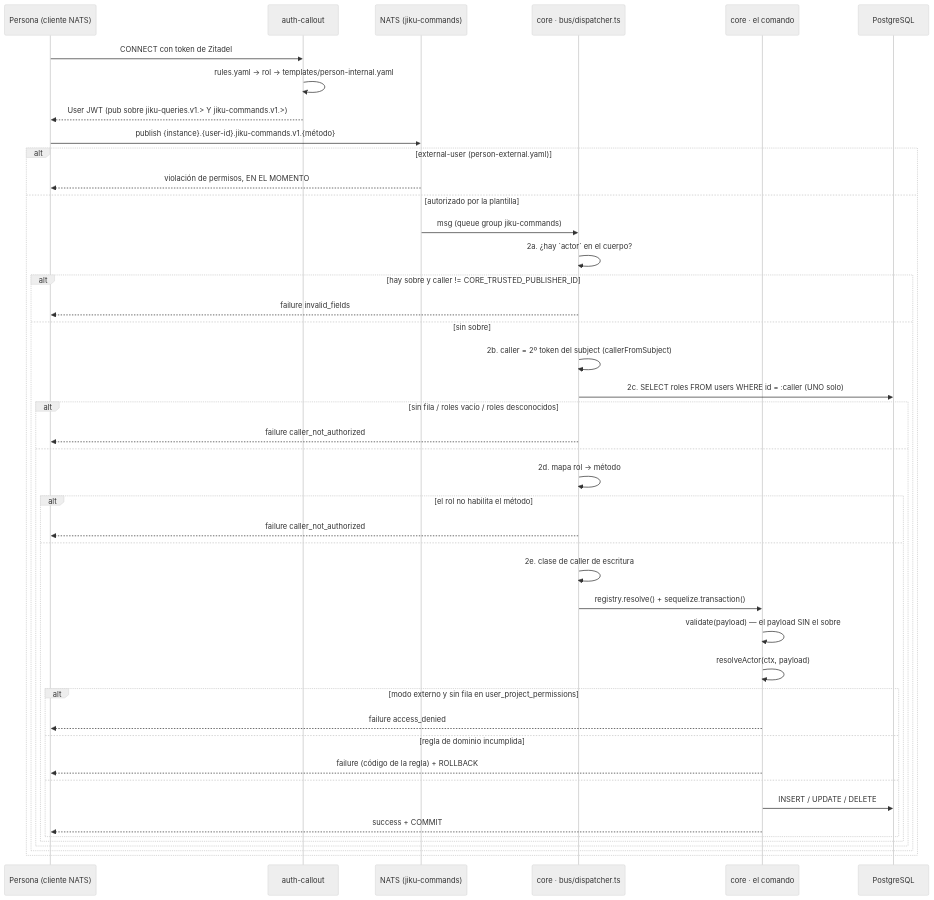
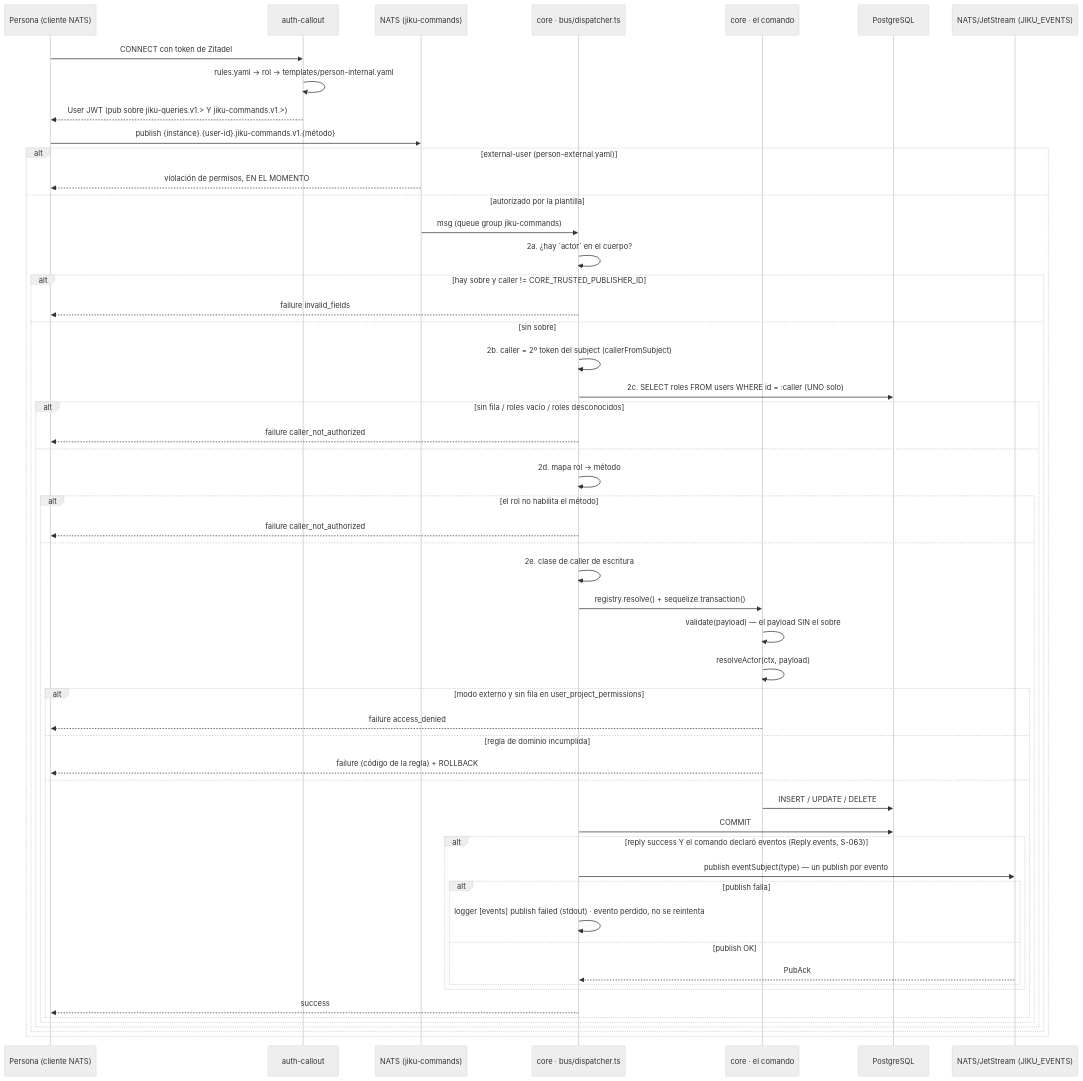
Before and after one commit to gravadigital/jiku: the diagram in docs/flows/escritura-por-el-bus.md, drawn with Mermaid (neutral theme). The commit also changed other lines of this file and 15 other files, not shown here.

````diff
--- a/docs/flows/escritura-por-el-bus.md
+++ b/docs/flows/escritura-por-el-bus.md
@@ -72,47 +75,57 @@
 ```mermaid
 sequenceDiagram
     participant P as Persona (cliente NATS)
     participant A as auth-callout
     participant N as NATS (jiku-commands)
     participant D as core · bus/dispatcher.ts
     participant C as core · el comando
     participant DB as PostgreSQL
+    participant JS as NATS/JetStream (JIKU_EVENTS)
 
     P->>A: CONNECT con token de Zitadel
     A->>A: rules.yaml -> rol -> templates/person-internal.yaml
     A-->>P: User JWT (pub sobre jiku-queries.v1.> Y jiku-commands.v1.>)
     P->>N: publish {instance}.{user-id}.jiku-commands.v1.{método}
     alt external-user (person-external.yaml)
         N-->>P: violación de permisos, EN EL MOMENTO
     else autorizado por la plantilla
         N->>D: msg (queue group jiku-commands)
         D->>D: 2a. ¿hay `actor` en el cuerpo?
         alt hay sobre y caller != CORE_TRUSTED_PUBLISHER_ID
             D-->>P: failure invalid_fields
         else sin sobre
             D->>D: 2b. caller = 2º token del subject (callerFromSubject)
             D->>DB: 2c. SELECT roles FROM users WHERE id = :caller (UNO solo)
             alt sin fila / roles vacío / roles desconocidos
                 D-->>P: failure caller_not_authorized
             else
                 D->>D: 2d. mapa rol -> método
                 alt el rol no habilita el método
                     D-->>P: failure caller_not_authorized
                 else
                     D->>D: 2e. clase de caller de escritura
                     D->>C: registry.resolve() + sequelize.transaction()
                     C->>C: validate(payload) — el payload SIN el sobre
                     C->>C: resolveActor(ctx, payload)
                     alt modo externo y sin fila en user_project_permissions
                         C-->>P: failure access_denied
                     else regla de dominio incumplida
                         C-->>P: failure (código de la regla) + ROLLBACK
                     else
                         C->>DB: INSERT / UPDATE / DELETE
-                        C-->>P: success + COMMIT
+                        D->>DB: COMMIT
+                        alt reply success Y el comando declaró eventos (Reply.events, S-063)
+                            D->>JS: publish eventSubject(type) — un publish por evento
+                            alt publish falla
+                                D->>D: logger [events] publish failed (stdout) · evento perdido, no se reintenta
+                            else publish OK
+                                JS-->>D: PubAck
+                            end
+                        end
+                        D-->>P: success
                     end
                 end
             end
         end
     end
 ```
````
